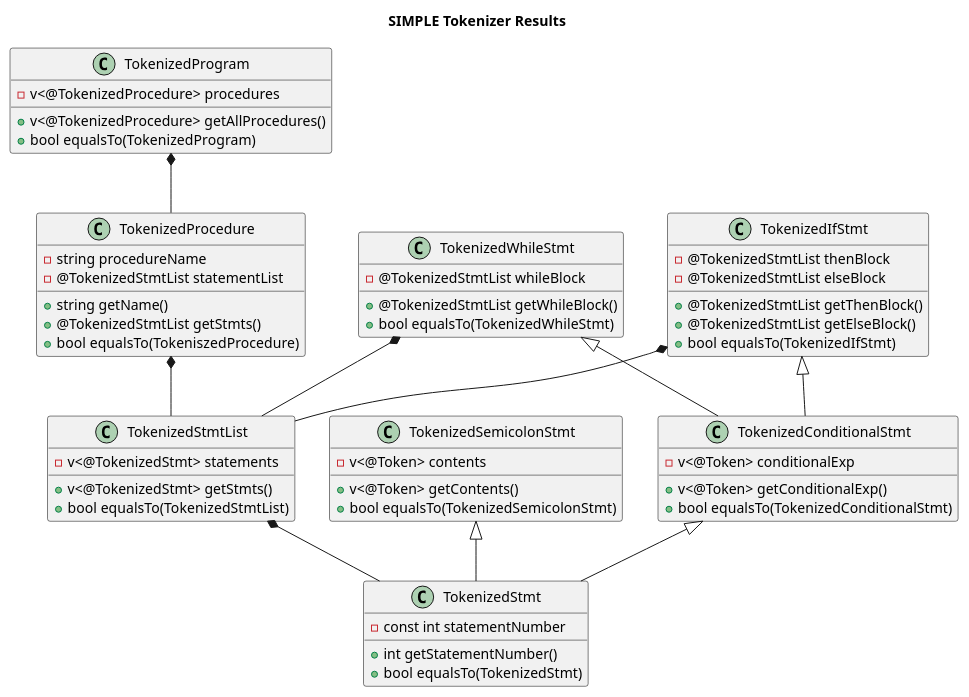
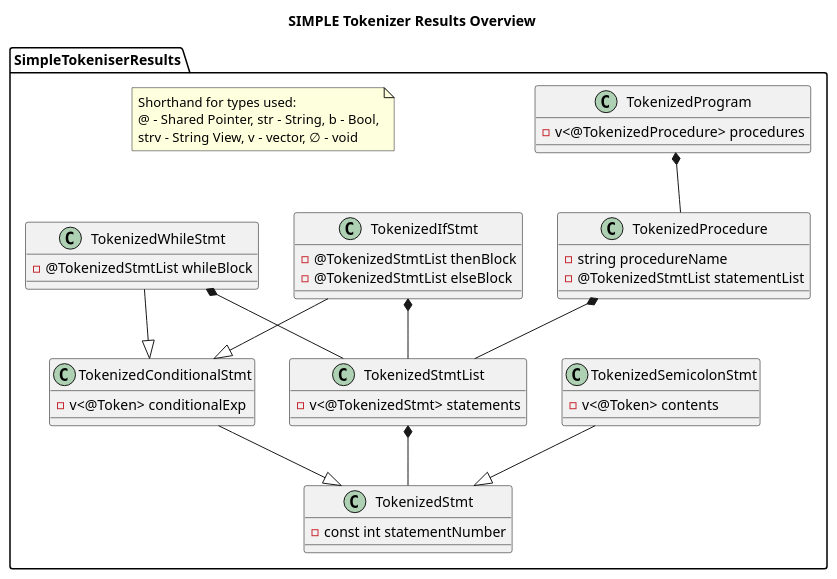
Before and after one commit to NicsunXnus/SoftwareEngineeringProject: the diagram in Team18/Docs/SP/DiagramsV2/TokeniserOverview/TokeniserResults.puml, drawn with PlantUML. The commit also changed 7 other files, not shown here.

```diff
--- a/Team18/Docs/SP/DiagramsV2/TokeniserOverview/TokeniserResults.puml
+++ b/Team18/Docs/SP/DiagramsV2/TokeniserOverview/TokeniserResults.puml
@@ -1,70 +1,60 @@
 @startuml
 ' !include ../style.puml
 skinparam ClassFontColor #000000
 skinparam ClassBorderColor #000000
 
-title SIMPLE Tokenizer Results
+title SIMPLE Tokenizer Results Overview
 
-Class TokenizedProgram {
-    - v<@TokenizedProcedure> procedures
-    + v<@TokenizedProcedure> getAllProcedures()
-    + bool equalsTo(TokenizedProgram)
-}
+package SimpleTokeniserResults {
+    Class TokenizedProgram {
+        - v<@TokenizedProcedure> procedures
+    }
 
-Class TokenizedProcedure {
-    - string procedureName
-    - @TokenizedStmtList statementList
-    + string getName()
-    + @TokenizedStmtList getStmts()
-    + bool equalsTo(TokeniszedProcedure)
-}
+    note as n1
+        Shorthand for types used:
+        @ - Shared Pointer, str - String, b - Bool,
+        strv - String View, v - vector, ∅ - void
+    end note
 
-Class TokenizedStmtList {
-    - v<@TokenizedStmt> statements
-    + v<@TokenizedStmt> getStmts()
-    + bool equalsTo(TokenizedStmtList)
-}
+    Class TokenizedProcedure {
+        - string procedureName
+        - @TokenizedStmtList statementList
+    }
 
-Class TokenizedStmt {
-    - const int statementNumber
-    + int getStatementNumber()
-    + bool equalsTo(TokenizedStmt)
-}
+    Class TokenizedStmtList {
+        - v<@TokenizedStmt> statements
+    }
 
-Class TokenizedSemicolonStmt {
-    - v<@Token> contents
-    + v<@Token> getContents()
-    + bool equalsTo(TokenizedSemicolonStmt)
-}
+    Class TokenizedStmt {
+        - const int statementNumber
+    }
 
-Class TokenizedConditionalStmt {
-    - v<@Token> conditionalExp
-    + v<@Token> getConditionalExp()
-    + bool equalsTo(TokenizedConditionalStmt)
-}
+    Class TokenizedSemicolonStmt {
+        - v<@Token> contents
+    }
 
-Class TokenizedIfStmt {
-    - @TokenizedStmtList thenBlock
-    - @TokenizedStmtList elseBlock
-    + @TokenizedStmtList getThenBlock()
-    + @TokenizedStmtList getElseBlock()
-    + bool equalsTo(TokenizedIfStmt)
-}
+    Class TokenizedConditionalStmt {
+        - v<@Token> conditionalExp
+    }
 
-Class TokenizedWhileStmt {
-    - @TokenizedStmtList whileBlock
-    + @TokenizedStmtList getWhileBlock()
-    + bool equalsTo(TokenizedWhileStmt)
+    Class TokenizedIfStmt {
+        - @TokenizedStmtList thenBlock
+        - @TokenizedStmtList elseBlock
+    }
+
+    Class TokenizedWhileStmt {
+        - @TokenizedStmtList whileBlock
+    }
 }
 TokenizedProgram *-- TokenizedProcedure
 TokenizedProcedure *-- TokenizedStmtList
 TokenizedStmtList *-- TokenizedStmt
 TokenizedIfStmt *-- TokenizedStmtList
 TokenizedWhileStmt *-- TokenizedStmtList
 
-TokenizedIfStmt <|-- TokenizedConditionalStmt
-TokenizedWhileStmt <|-- TokenizedConditionalStmt
-TokenizedConditionalStmt <|-- TokenizedStmt
-TokenizedSemicolonStmt <|-- TokenizedStmt
+TokenizedIfStmt --|> TokenizedConditionalStmt
+TokenizedWhileStmt --|> TokenizedConditionalStmt
+TokenizedConditionalStmt --|> TokenizedStmt
+TokenizedSemicolonStmt --|> TokenizedStmt
 
 @end
```
